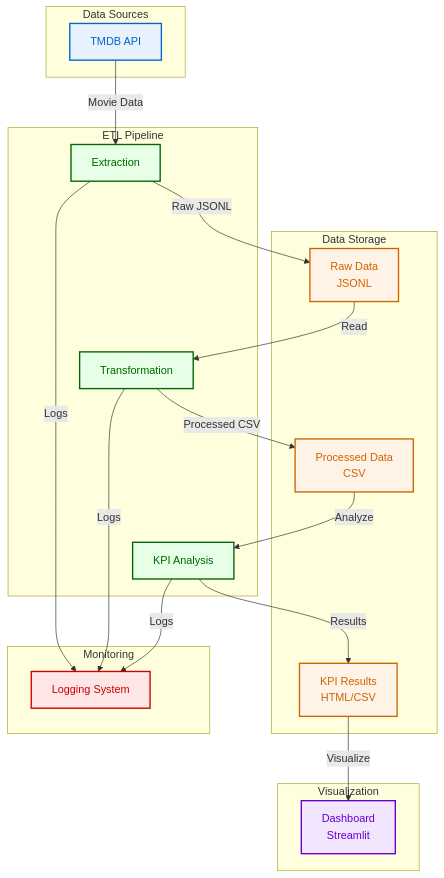
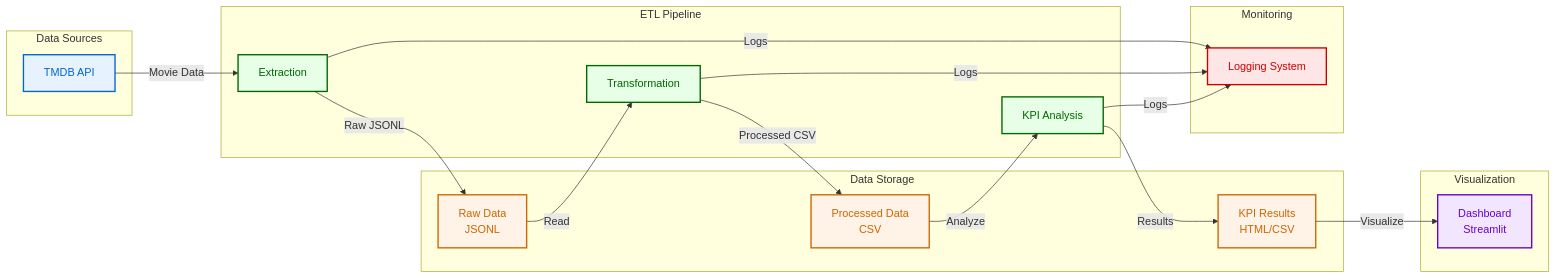
Before and after one commit to nuelwhite/Data-Engineering-Portfolio: the diagram in readme.md, drawn with Mermaid.

Commit message:
Update: Update system image
Update the system architecture design to be landscape

````diff
--- a/readme.md
+++ b/readme.md
@@ -28,54 +28,55 @@
 ```mermaid
-graph TB
+%%{init: {'width': '160%', 'height': '160%'}}%%
+graph LR
     subgraph "Data Sources"
         API[TMDB API]
     end
 
     subgraph "ETL Pipeline"
         E[Extraction]
         T[Transformation]
         K[KPI Analysis]
     end
 
     subgraph "Data Storage"
         R[Raw Data<br/>JSONL]
         P[Processed Data<br/>CSV]
         KP[KPI Results<br/>HTML/CSV]
     end
 
     subgraph "Visualization"
         D[Dashboard<br/>Streamlit]
     end
 
     subgraph "Monitoring"
         L[Logging System]
     end
 
     %% Data Flow
     API -->|Movie Data| E
     E -->|Raw JSONL| R
     R -->|Read| T
     T -->|Processed CSV| P
     P -->|Analyze| K
     K -->|Results| KP
     KP -->|Visualize| D
 
     %% Logging
     E -->|Logs| L
     T -->|Logs| L
     K -->|Logs| L
 
     %% Styling
     classDef source fill:#e6f3ff,stroke:#0066cc,stroke-width:2px,color:#0066cc
     classDef process fill:#e6ffe6,stroke:#006600,stroke-width:2px,color:#006600
     classDef storage fill:#fff2e6,stroke:#cc6600,stroke-width:2px,color:#cc6600
     classDef viz fill:#f2e6ff,stroke:#6600cc,stroke-width:2px,color:#6600cc
     classDef monitor fill:#ffe6e6,stroke:#cc0000,stroke-width:2px,color:#cc0000
     classDef default fill:#ffffff,stroke:#333333,stroke-width:1px,color:#333333
 
     class API source
     class E,T,K process
     class R,P,KP storage
     class D viz
     class L monitor
 ```
````
